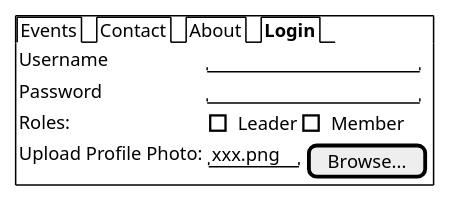
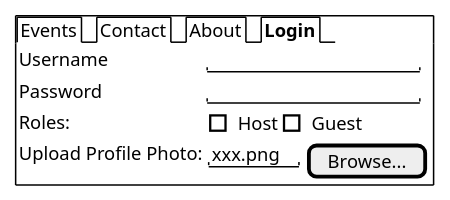
The fourth of 7 diagrams in StoryBoard/story.org (xiongchenyu6/web_design), drawn with PlantUML before and after one commit. The commit also changed other lines of this file and 45 other files, not shown here.

```diff
--- a/StoryBoard/story.org
+++ b/StoryBoard/story.org
@@ -30,12 +64,12 @@
 #+BEGIN_SRC plantuml :exports both :file regist.png
 salt
 {+
 {/ Events | Contact | About | <b>Login }
 {
 Username         | "                 "
 Password         | "                 "
-Roles:   | {[] Leader | [] Member }
+Roles:   | {[] Host | [] Guest }
 Upload Profile Photo:  | { "xxx.png" | [Browse...] }
 }
 }
 #+END_SRC
```
